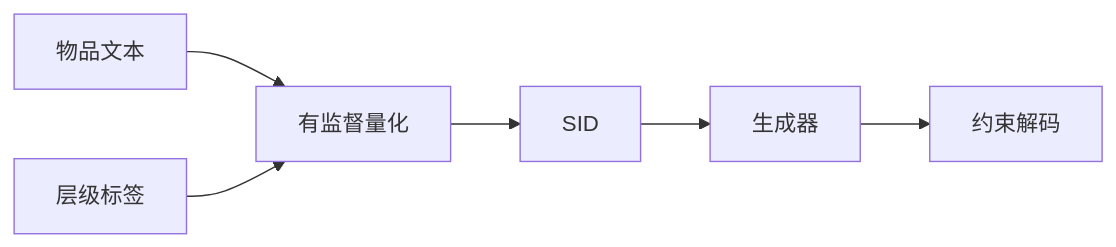
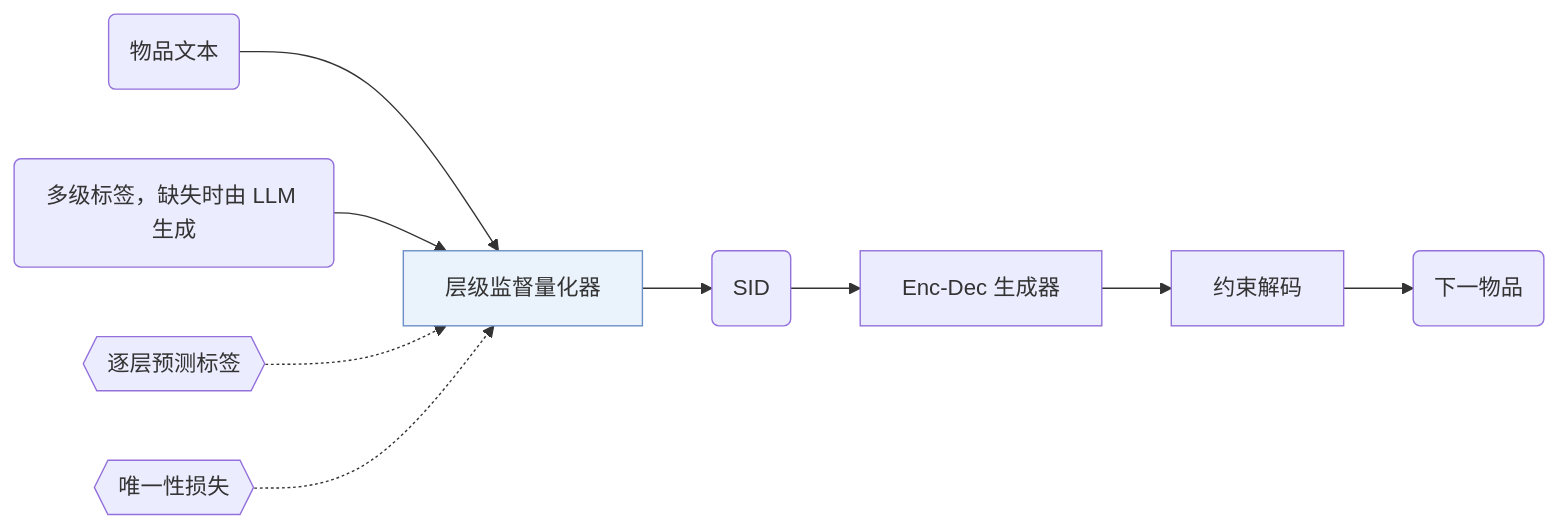
Before and after one commit to Galaxy-ghost/Awesome-SID-Generative-Rec: the diagram in notes/zh/hid-vae.md, drawn with Mermaid. The commit also changed 521 other files, not shown here.

Commit message:
writer-04 part 3: algorithm diagrams with shared shape conventions, README hero and paper cards, archive removed

````diff
--- a/notes/zh/hid-vae.md
+++ b/notes/zh/hid-vae.md
@@ -13,8 +13,12 @@
 ```mermaid
 flowchart LR
-    A[物品文本] --> C[有监督量化]
-    B[层级标签] --> C
-    C --> D[SID]
-    D --> E[生成器]
-    E --> F[约束解码]
+    A("物品文本") --> C["层级监督量化器"]:::key
+    B("多级标签，缺失时由 LLM 生成") --> C
+    L1{{"逐层预测标签"}} -.-> C
+    L2{{"唯一性损失"}} -.-> C
+    C --> D("SID")
+    D --> E["Enc-Dec 生成器"]
+    E --> F["约束解码"]
+    F --> G("下一物品")
+    classDef key fill:#eaf2fb,stroke:#6b8fc7
 ```
````
